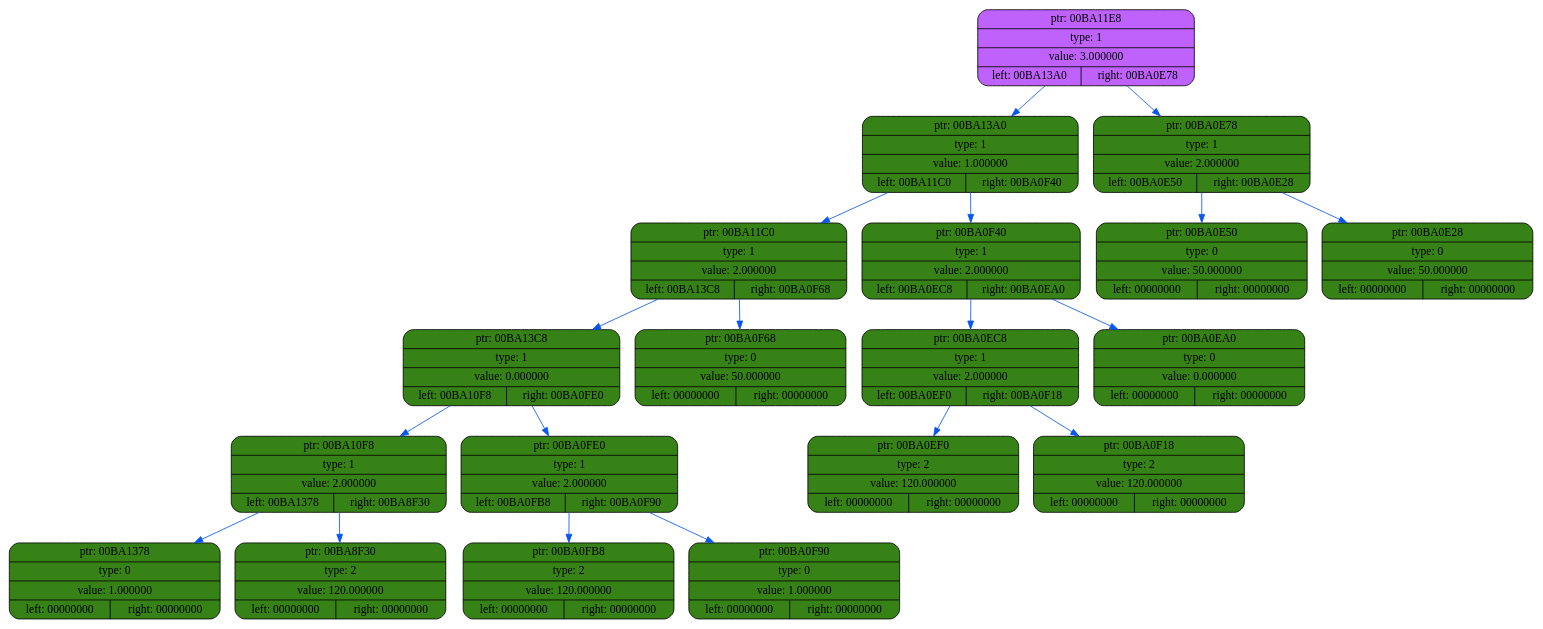
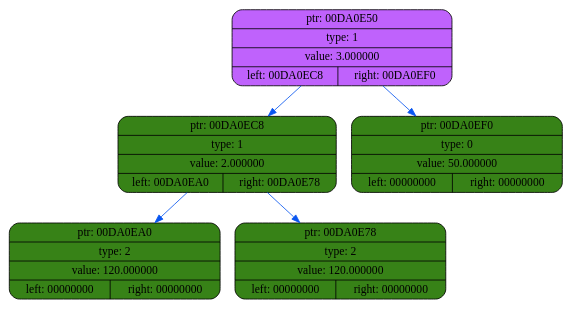
Before and after one commit to coffee8cat/differentiator: the diagram in dump/dump2.dot, drawn with Graphviz. The commit also changed 16 other files, not shown here.

```diff
--- a/dump/dump2.dot
+++ b/dump/dump2.dot
@@ -1,42 +1,14 @@
 digraph
 {
     rankdir=TP
 
-        node00BA11E8[shape=record,style="rounded,filled",fillcolor="#BF62FC",label="{ ptr: 00BA11E8 | type: 1 | value: 3.000000| { left: 00BA13A0 | right: 00BA0E78 }}"];
-    node00BA11E8 -> node00BA13A0[color="#0855F0"]
-    node00BA13A0[shape=record,style="rounded,filled",fillcolor="#378217",label="{ ptr: 00BA13A0 | type: 1 | value: 1.000000| { left: 00BA11C0 | right: 00BA0F40 }}"];
-    node00BA13A0 -> node00BA11C0[color="#0855F0"]
-    node00BA11C0[shape=record,style="rounded,filled",fillcolor="#378217",label="{ ptr: 00BA11C0 | type: 1 | value: 2.000000| { left: 00BA13C8 | right: 00BA0F68 }}"];
-    node00BA11C0 -> node00BA13C8[color="#0855F0"]
-    node00BA13C8[shape=record,style="rounded,filled",fillcolor="#378217",label="{ ptr: 00BA13C8 | type: 1 | value: 0.000000| { left: 00BA10F8 | right: 00BA0FE0 }}"];
-    node00BA13C8 -> node00BA10F8[color="#0855F0"]
-    node00BA10F8[shape=record,style="rounded,filled",fillcolor="#378217",label="{ ptr: 00BA10F8 | type: 1 | value: 2.000000| { left: 00BA1378 | right: 00BA8F30 }}"];
-    node00BA10F8 -> node00BA1378[color="#0855F0"]
-    node00BA1378[shape=record,style="rounded,filled",fillcolor="#378217",label="{ ptr: 00BA1378 | type: 0 | value: 1.000000| { left: 00000000 | right: 00000000 }}"];
-    node00BA10F8 -> node00BA8F30[color="#0855F0"]
-    node00BA8F30[shape=record,style="rounded,filled",fillcolor="#378217",label="{ ptr: 00BA8F30 | type: 2 | value: 120.000000| { left: 00000000 | right: 00000000 }}"];
-    node00BA13C8 -> node00BA0FE0[color="#0855F0"]
-    node00BA0FE0[shape=record,style="rounded,filled",fillcolor="#378217",label="{ ptr: 00BA0FE0 | type: 1 | value: 2.000000| { left: 00BA0FB8 | right: 00BA0F90 }}"];
-    node00BA0FE0 -> node00BA0FB8[color="#0855F0"]
-    node00BA0FB8[shape=record,style="rounded,filled",fillcolor="#378217",label="{ ptr: 00BA0FB8 | type: 2 | value: 120.000000| { left: 00000000 | right: 00000000 }}"];
-    node00BA0FE0 -> node00BA0F90[color="#0855F0"]
-    node00BA0F90[shape=record,style="rounded,filled",fillcolor="#378217",label="{ ptr: 00BA0F90 | type: 0 | value: 1.000000| { left: 00000000 | right: 00000000 }}"];
-    node00BA11C0 -> node00BA0F68[color="#0855F0"]
-    node00BA0F68[shape=record,style="rounded,filled",fillcolor="#378217",label="{ ptr: 00BA0F68 | type: 0 | value: 50.000000| { left: 00000000 | right: 00000000 }}"];
-    node00BA13A0 -> node00BA0F40[color="#0855F0"]
-    node00BA0F40[shape=record,style="rounded,filled",fillcolor="#378217",label="{ ptr: 00BA0F40 | type: 1 | value: 2.000000| { left: 00BA0EC8 | right: 00BA0EA0 }}"];
-    node00BA0F40 -> node00BA0EC8[color="#0855F0"]
-    node00BA0EC8[shape=record,style="rounded,filled",fillcolor="#378217",label="{ ptr: 00BA0EC8 | type: 1 | value: 2.000000| { left: 00BA0EF0 | right: 00BA0F18 }}"];
-    node00BA0EC8 -> node00BA0EF0[color="#0855F0"]
-    node00BA0EF0[shape=record,style="rounded,filled",fillcolor="#378217",label="{ ptr: 00BA0EF0 | type: 2 | value: 120.000000| { left: 00000000 | right: 00000000 }}"];
-    node00BA0EC8 -> node00BA0F18[color="#0855F0"]
-    node00BA0F18[shape=record,style="rounded,filled",fillcolor="#378217",label="{ ptr: 00BA0F18 | type: 2 | value: 120.000000| { left: 00000000 | right: 00000000 }}"];
-    node00BA0F40 -> node00BA0EA0[color="#0855F0"]
-    node00BA0EA0[shape=record,style="rounded,filled",fillcolor="#378217",label="{ ptr: 00BA0EA0 | type: 0 | value: 0.000000| { left: 00000000 | right: 00000000 }}"];
-    node00BA11E8 -> node00BA0E78[color="#0855F0"]
-    node00BA0E78[shape=record,style="rounded,filled",fillcolor="#378217",label="{ ptr: 00BA0E78 | type: 1 | value: 2.000000| { left: 00BA0E50 | right: 00BA0E28 }}"];
-    node00BA0E78 -> node00BA0E50[color="#0855F0"]
-    node00BA0E50[shape=record,style="rounded,filled",fillcolor="#378217",label="{ ptr: 00BA0E50 | type: 0 | value: 50.000000| { left: 00000000 | right: 00000000 }}"];
-    node00BA0E78 -> node00BA0E28[color="#0855F0"]
-    node00BA0E28[shape=record,style="rounded,filled",fillcolor="#378217",label="{ ptr: 00BA0E28 | type: 0 | value: 50.000000| { left: 00000000 | right: 00000000 }}"];
+        node00DA0E50[shape=record,style="rounded,filled",fillcolor="#BF62FC",label="{ ptr: 00DA0E50 | type: 1 | value: 3.000000| { left: 00DA0EC8 | right: 00DA0EF0 }}"];
+    node00DA0E50 -> node00DA0EC8[color="#0855F0"]
+    node00DA0EC8[shape=record,style="rounded,filled",fillcolor="#378217",label="{ ptr: 00DA0EC8 | type: 1 | value: 2.000000| { left: 00DA0EA0 | right: 00DA0E78 }}"];
+    node00DA0EC8 -> node00DA0EA0[color="#0855F0"]
+    node00DA0EA0[shape=record,style="rounded,filled",fillcolor="#378217",label="{ ptr: 00DA0EA0 | type: 2 | value: 120.000000| { left: 00000000 | right: 00000000 }}"];
+    node00DA0EC8 -> node00DA0E78[color="#0855F0"]
+    node00DA0E78[shape=record,style="rounded,filled",fillcolor="#378217",label="{ ptr: 00DA0E78 | type: 2 | value: 120.000000| { left: 00000000 | right: 00000000 }}"];
+    node00DA0E50 -> node00DA0EF0[color="#0855F0"]
+    node00DA0EF0[shape=record,style="rounded,filled",fillcolor="#378217",label="{ ptr: 00DA0EF0 | type: 0 | value: 50.000000| { left: 00000000 | right: 00000000 }}"];
 }
```
